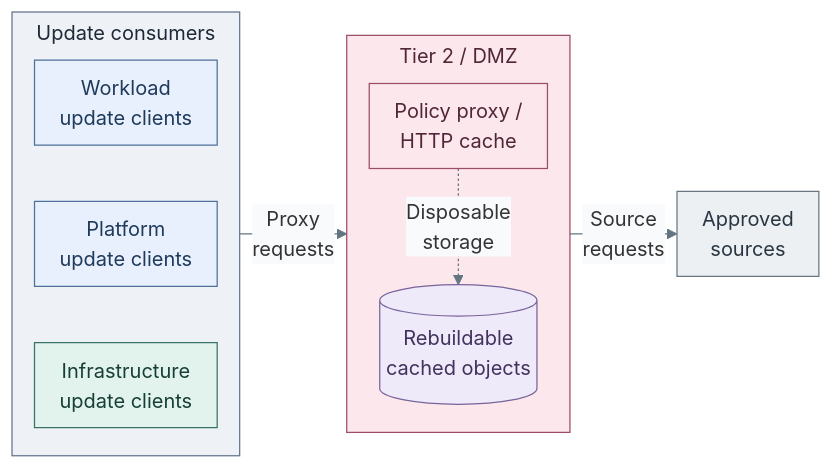
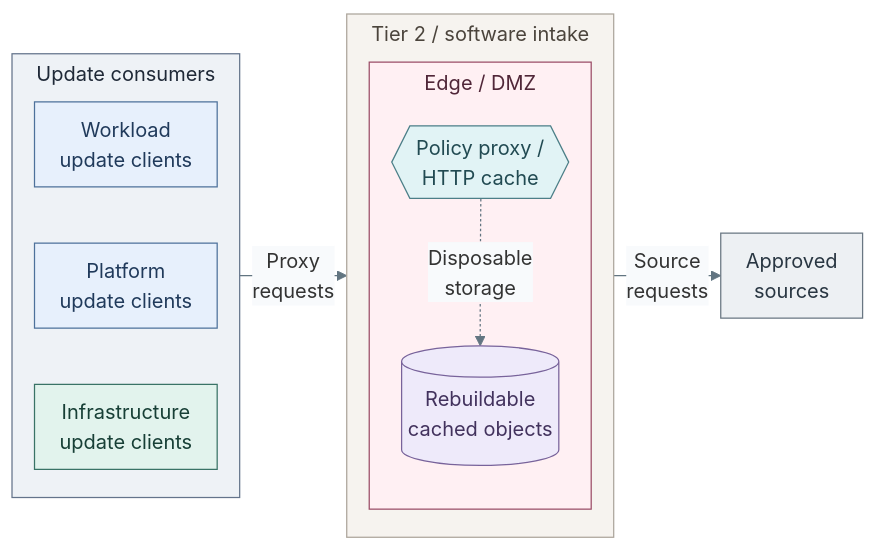
One commit to Rexus/homelab changed the first of 2 diagrams in docs/01-architecture/07-software-intake/README.md. Above: the diagram before and after it, drawn with Mermaid. The commit also changed 108 other files, not shown here.

Commit message:
docs(diagrams): unify visual language and opening views

````diff
--- a/docs/01-architecture/07-software-intake/README.md
+++ b/docs/01-architecture/07-software-intake/README.md
@@ -10,33 +10,40 @@
 ```mermaid
 %%{init: {"theme":"base","flowchart":{"nodeSpacing":16,"rankSpacing":20,"padding":10,"subGraphTitleMargin":{"top":4,"bottom":12}},"themeVariables":{"lineColor":"#627581","edgeLabelBackground":"#f8fafc"}}}%%
 flowchart LR
   subgraph Consumers["Update consumers"]
     direction TB
     Workloads["Workload<br/>update clients"]
     Platform["Platform<br/>update clients"]
     Control["Infrastructure<br/>update clients"]
     Workloads ~~~ Platform ~~~ Control
   end
-  subgraph T2["Tier 2 / DMZ"]
-    direction TB
-    Proxy["Policy proxy /<br/>HTTP cache"]
-    Cache[("Rebuildable<br/>cached objects")]
-    Proxy -. Disposable<br/>storage .-> Cache
+  subgraph T2["Tier 2 / software intake"]
+    subgraph DMZ["Edge / DMZ"]
+      direction TB
+      Proxy{{"Policy proxy /<br/>HTTP cache"}}
+      Cache[("Rebuildable<br/>cached objects")]
+      Proxy -. Disposable<br/>storage .-> Cache
+    end
   end
   Sources["Approved<br/>sources"]
   Consumers -->|Proxy<br/>requests| T2
   T2 -->|Source<br/>requests| Sources
   classDef default fill:#f8fafc,stroke:#64748b,color:#1f2937
   classDef boundary fill:#eef2f6,stroke:#64748b,color:#1f2937
   classDef edge fill:#fce8ec,stroke:#9b4d67,color:#502638
   classDef services fill:#e7f0fc,stroke:#4d719b,color:#203a5b
   classDef control fill:#e2f3ed,stroke:#397366,color:#173f36
   classDef data fill:#eeeafa,stroke:#78639b,color:#42325d
   classDef actor fill:#edf0f3,stroke:#697682,color:#293642
   class Consumers boundary
   class Workloads,Platform services
-  class T2,Proxy edge
+  classDef traffic fill:#e1f3f5,stroke:#4c7f88,color:#214a52
+  classDef zoneEdge fill:#fff0f3,stroke:#9b4d67,color:#502638
+  class Proxy traffic
+  class DMZ zoneEdge
   class Control control
   class Cache data
   class Sources actor
+  classDef tier2 fill:#f6f3ef,stroke:#aca59b,color:#4b443c
+  class T2 tier2
 ```
````
